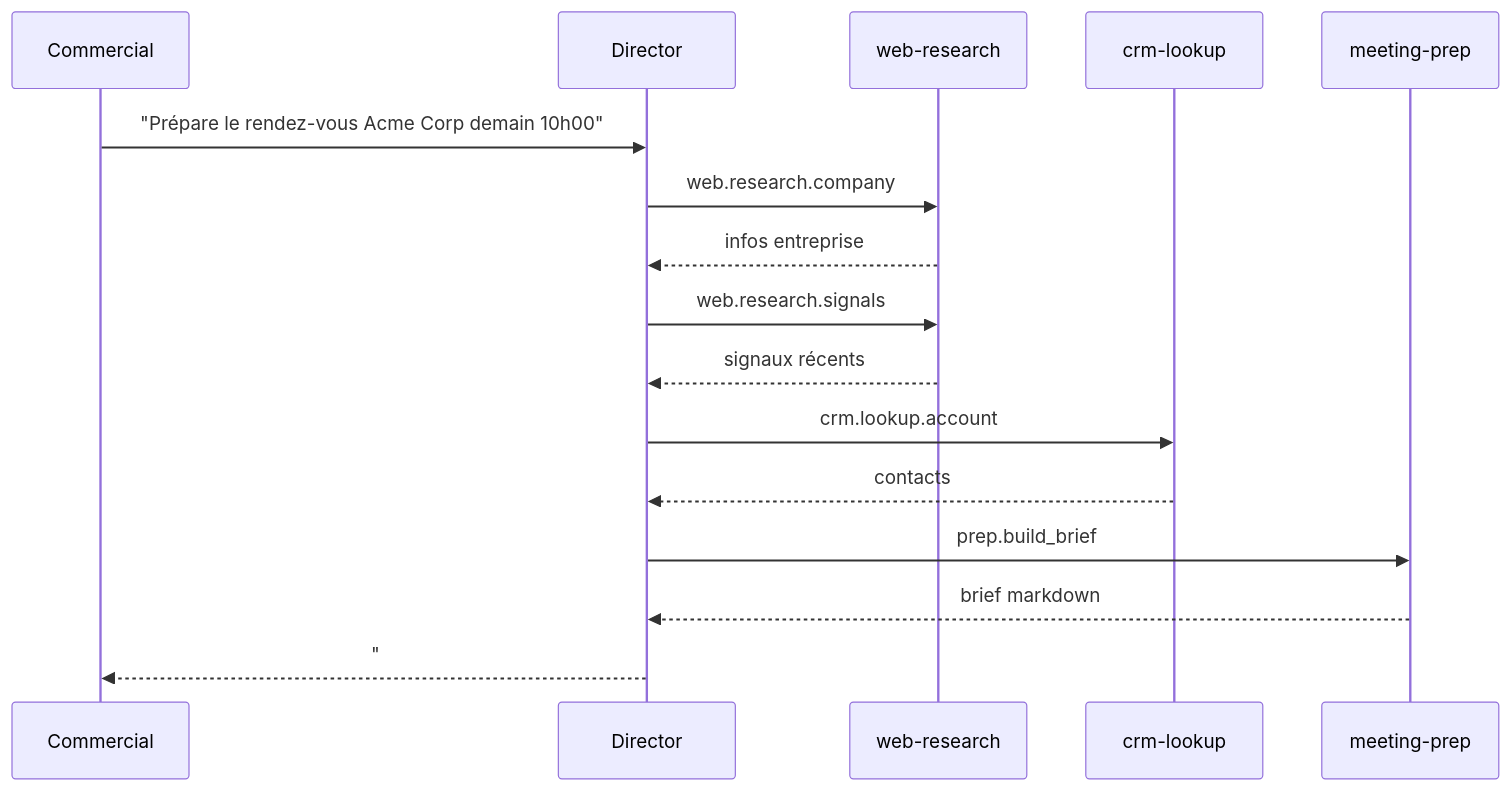
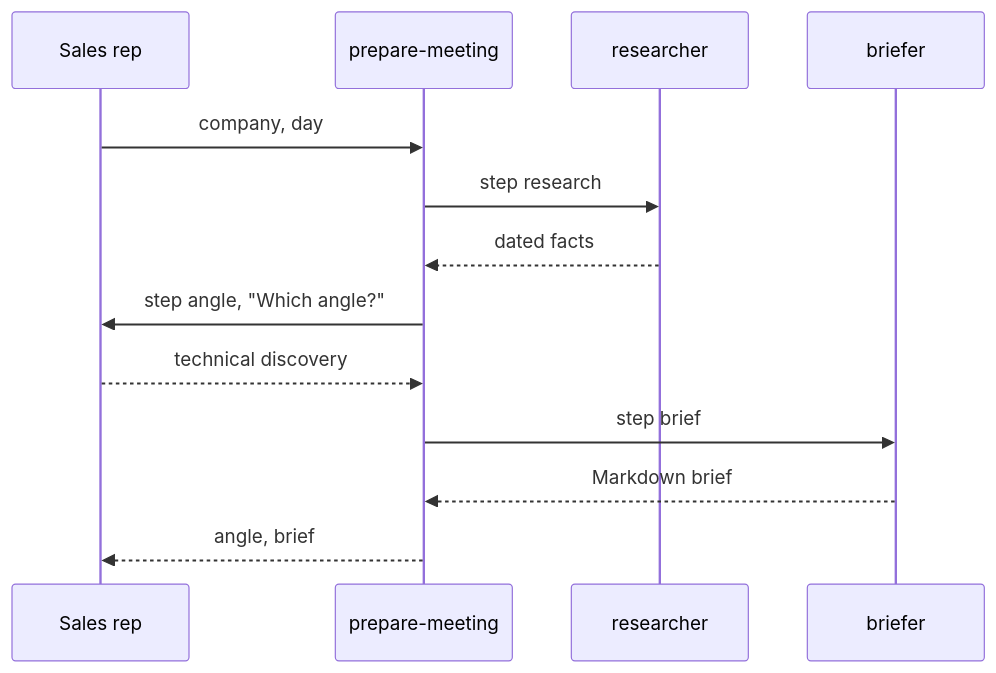
The second of 2 diagrams in docs/site/i18n/fr/docusaurus-plugin-content-docs/current/tutorials/build-a-multi-agent-assistant.md (Apollia-OS/apollia-os), drawn with Mermaid before and after one commit. The commit also changed other lines of this file and 4432 other files, not shown here.

````diff
--- a/docs/site/i18n/fr/docusaurus-plugin-content-docs/current/tutorials/build-a-multi-agent-assistant.md
+++ b/docs/site/i18n/fr/docusaurus-plugin-content-docs/current/tutorials/build-a-multi-agent-assistant.md
@@ -82,18 +69,15 @@
 ```mermaid
 sequenceDiagram
-    participant U as Commercial
-    participant D as Director
-    participant W as web-research
-    participant C as crm-lookup
-    participant P as meeting-prep
-    U->>D: "Prépare le rendez-vous Acme Corp demain 10h00"
-    D->>W: web.research.company
-    W-->>D: infos entreprise
-    D->>W: web.research.signals
-    W-->>D: signaux récents
-    D->>C: crm.lookup.account
-    C-->>D: contacts
-    D->>P: prep.build_brief
-    P-->>D: brief markdown
-    D-->>U: "# Rendez-vous avec Acme Corp..."
+    participant U as Sales rep
+    participant W as prepare-meeting
+    participant R as researcher
+    participant B as briefer
+    U->>W: company, day
+    W->>R: step research
+    R-->>W: dated facts
+    W->>U: step angle, "Which angle?"
+    U-->>W: technical discovery
+    W->>B: step brief
+    B-->>W: Markdown brief
+    W-->>U: angle, brief
 ```
````
